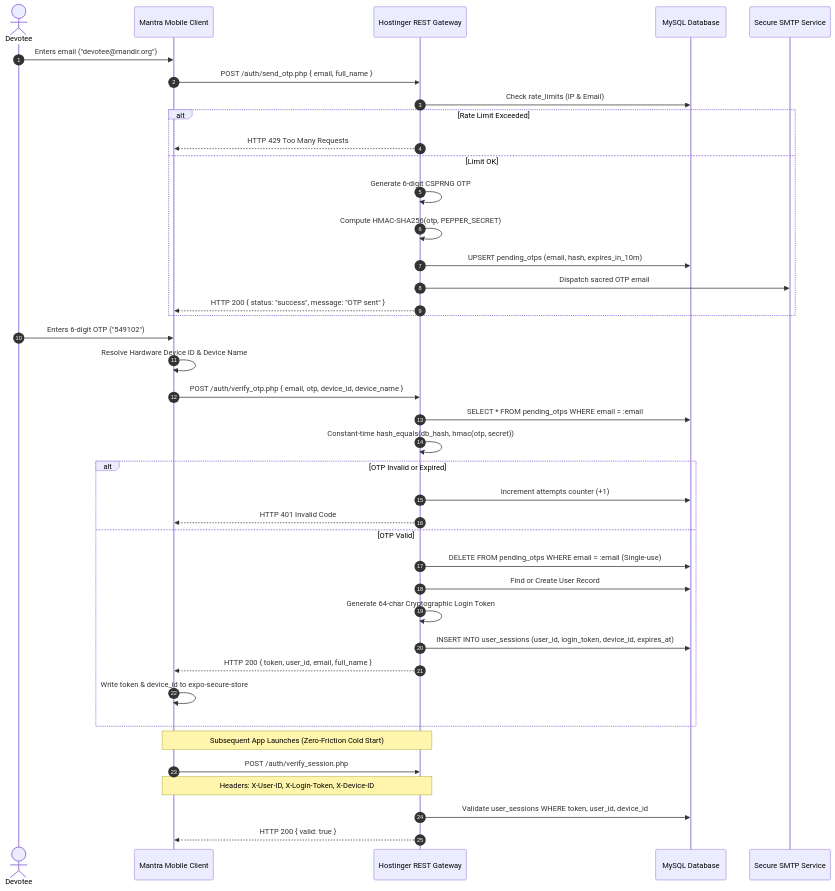
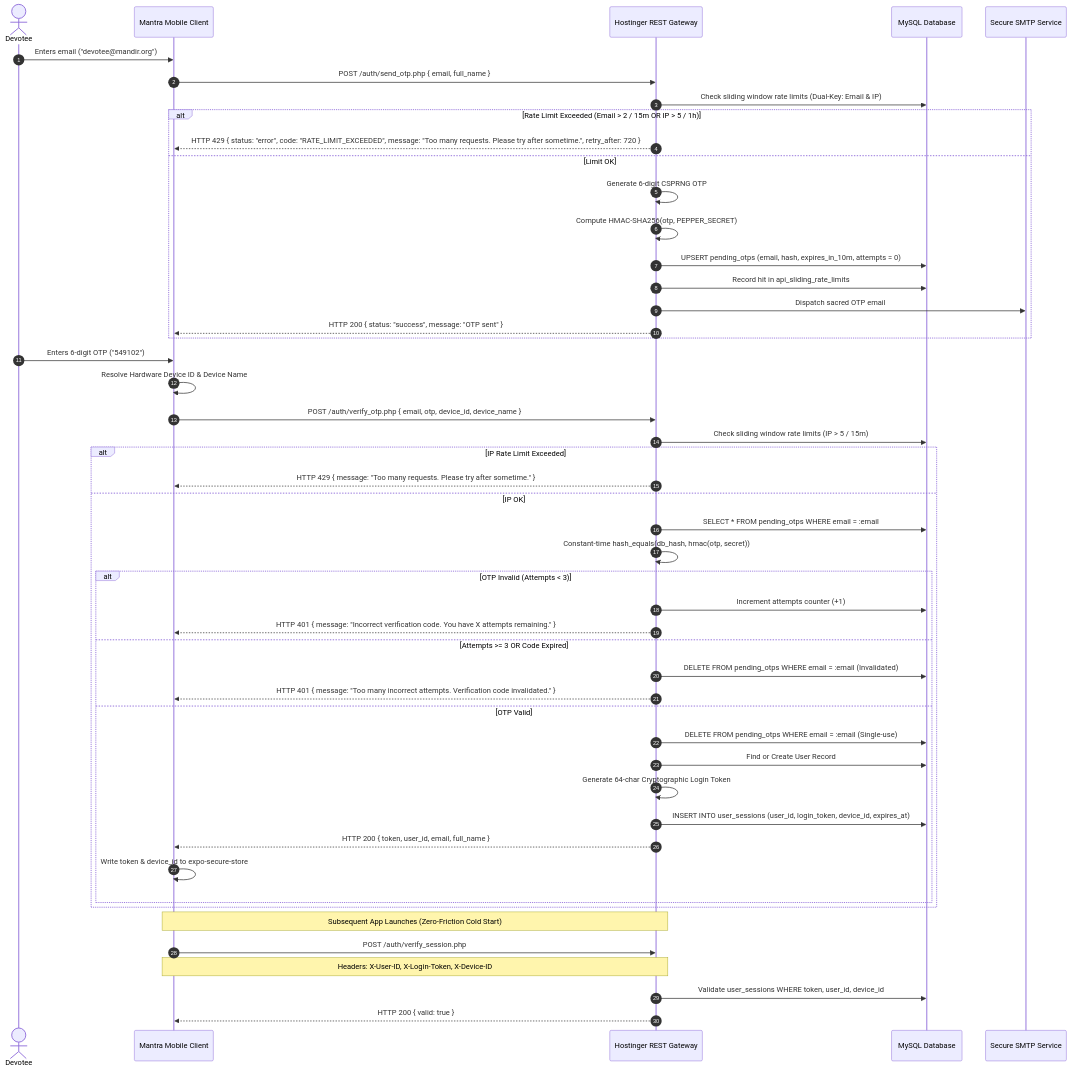
One commit to KaustubhRaikar/mantra changed the diagram in docs/AUTHENTICATION.md. Above: the diagram before and after it, drawn with Mermaid. The commit also changed other lines of this file and 24 other files, not shown here.

Commit message:
feat(auth,security,admin): light login fix, production-ready auth, sliding window OTP rate limits, live admin DB queries

````diff
--- a/docs/AUTHENTICATION.md
+++ b/docs/AUTHENTICATION.md
@@ -21,48 +21,57 @@
 ```mermaid
 sequenceDiagram
     autonumber
     actor Devotee
     participant MobileApp as Mantra Mobile Client
     participant API as Hostinger REST Gateway
     participant DB as MySQL Database
     participant Mail as Secure SMTP Service
 
     %% STEP 1: SEND OTP
     Devotee->>MobileApp: Enters email ("devotee@mandir.org")
     MobileApp->>API: POST /auth/send_otp.php { email, full_name }
-    API->>DB: Check rate_limits (IP & Email)
-    alt Rate Limit Exceeded
-        API-->>MobileApp: HTTP 429 Too Many Requests
+    API->>DB: Check sliding window rate limits (Dual-Key: Email & IP)
+    alt Rate Limit Exceeded (Email > 2 / 15m OR IP > 5 / 1h)
+        API-->>MobileApp: HTTP 429 { status: "error", code: "RATE_LIMIT_EXCEEDED", message: "Too many requests. Please try after sometime.", retry_after: 720 }
     else Limit OK
         API->>API: Generate 6-digit CSPRNG OTP
         API->>API: Compute HMAC-SHA256(otp, PEPPER_SECRET)
-        API->>DB: UPSERT pending_otps (email, hash, expires_in_10m)
+        API->>DB: UPSERT pending_otps (email, hash, expires_in_10m, attempts = 0)
+        API->>DB: Record hit in api_sliding_rate_limits
         API->>Mail: Dispatch sacred OTP email
         API-->>MobileApp: HTTP 200 { status: "success", message: "OTP sent" }
     end
 
     %% STEP 2: VERIFY OTP
     Devotee->>MobileApp: Enters 6-digit OTP ("549102")
     MobileApp->>MobileApp: Resolve Hardware Device ID & Device Name
     MobileApp->>API: POST /auth/verify_otp.php { email, otp, device_id, device_name }
-    API->>DB: SELECT * FROM pending_otps WHERE email = :email
-    API->>API: Constant-time hash_equals(db_hash, hmac(otp, secret))
-    alt OTP Invalid or Expired
-        API->>DB: Increment attempts counter (+1)
-        API-->>MobileApp: HTTP 401 Invalid Code
-    else OTP Valid
-        API->>DB: DELETE FROM pending_otps WHERE email = :email (Single-use)
-        API->>DB: Find or Create User Record
-        API->>API: Generate 64-char Cryptographic Login Token
-        API->>DB: INSERT INTO user_sessions (user_id, login_token, device_id, expires_at)
-        API-->>MobileApp: HTTP 200 { token, user_id, email, full_name }
-        MobileApp->>MobileApp: Write token & device_id to expo-secure-store
+    API->>DB: Check sliding window rate limits (IP > 5 / 15m)
+    alt IP Rate Limit Exceeded
+        API-->>MobileApp: HTTP 429 { message: "Too many requests. Please try after sometime." }
+    else IP OK
+        API->>DB: SELECT * FROM pending_otps WHERE email = :email
+        API->>API: Constant-time hash_equals(db_hash, hmac(otp, secret))
+        alt OTP Invalid (Attempts < 3)
+            API->>DB: Increment attempts counter (+1)
+            API-->>MobileApp: HTTP 401 { message: "Incorrect verification code. You have X attempts remaining." }
+        else Attempts >= 3 OR Code Expired
+            API->>DB: DELETE FROM pending_otps WHERE email = :email (Invalidated)
+            API-->>MobileApp: HTTP 401 { message: "Too many incorrect attempts. Verification code invalidated." }
+        else OTP Valid
+            API->>DB: DELETE FROM pending_otps WHERE email = :email (Single-use)
+            API->>DB: Find or Create User Record
+            API->>API: Generate 64-char Cryptographic Login Token
+            API->>DB: INSERT INTO user_sessions (user_id, login_token, device_id, expires_at)
+            API-->>MobileApp: HTTP 200 { token, user_id, email, full_name }
+            MobileApp->>MobileApp: Write token & device_id to expo-secure-store
+        end
     end
 
     %% STEP 3: SILENT BACKGROUND SESSION VERIFICATION
     Note over MobileApp, API: Subsequent App Launches (Zero-Friction Cold Start)
     MobileApp->>API: POST /auth/verify_session.php
     Note over MobileApp, API: Headers: X-User-ID, X-Login-Token, X-Device-ID
     API->>DB: Validate user_sessions WHERE token, user_id, device_id
     API-->>MobileApp: HTTP 200 { valid: true }
 ```
````
